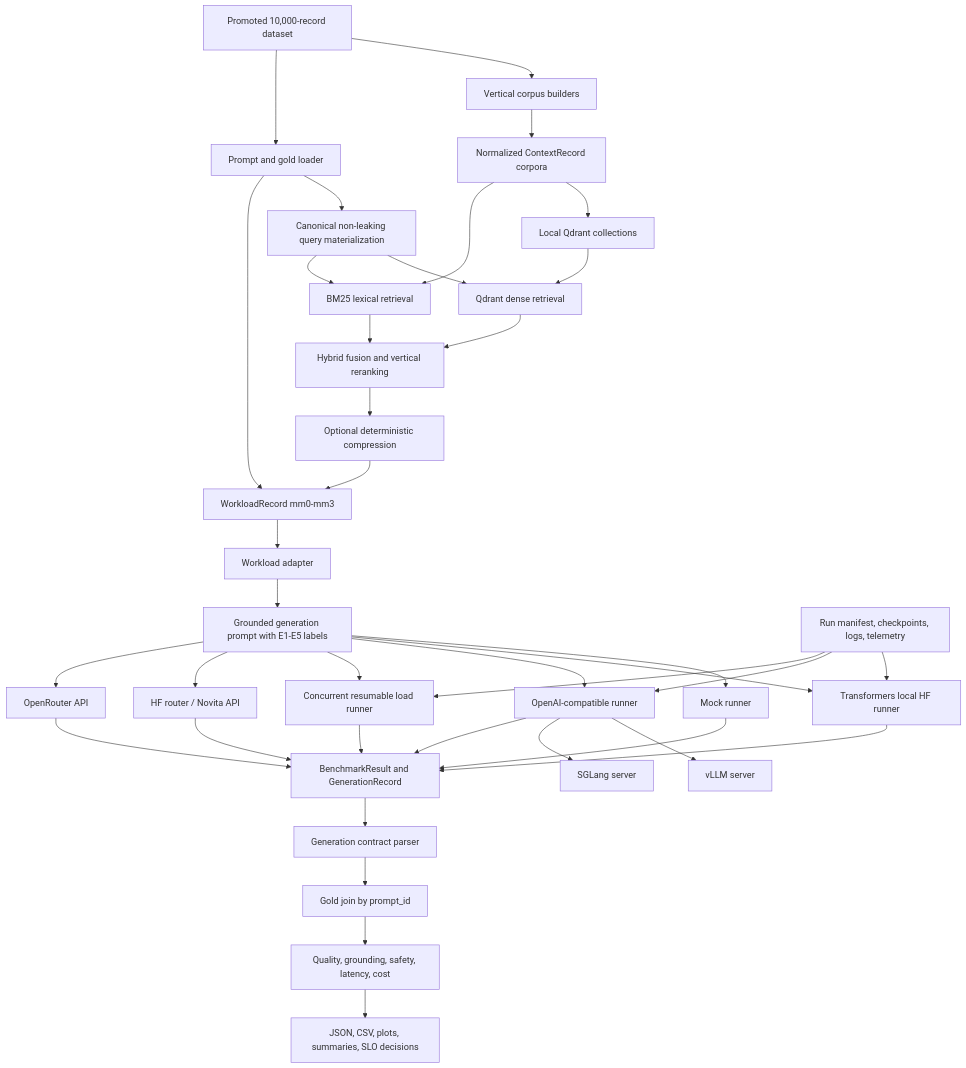
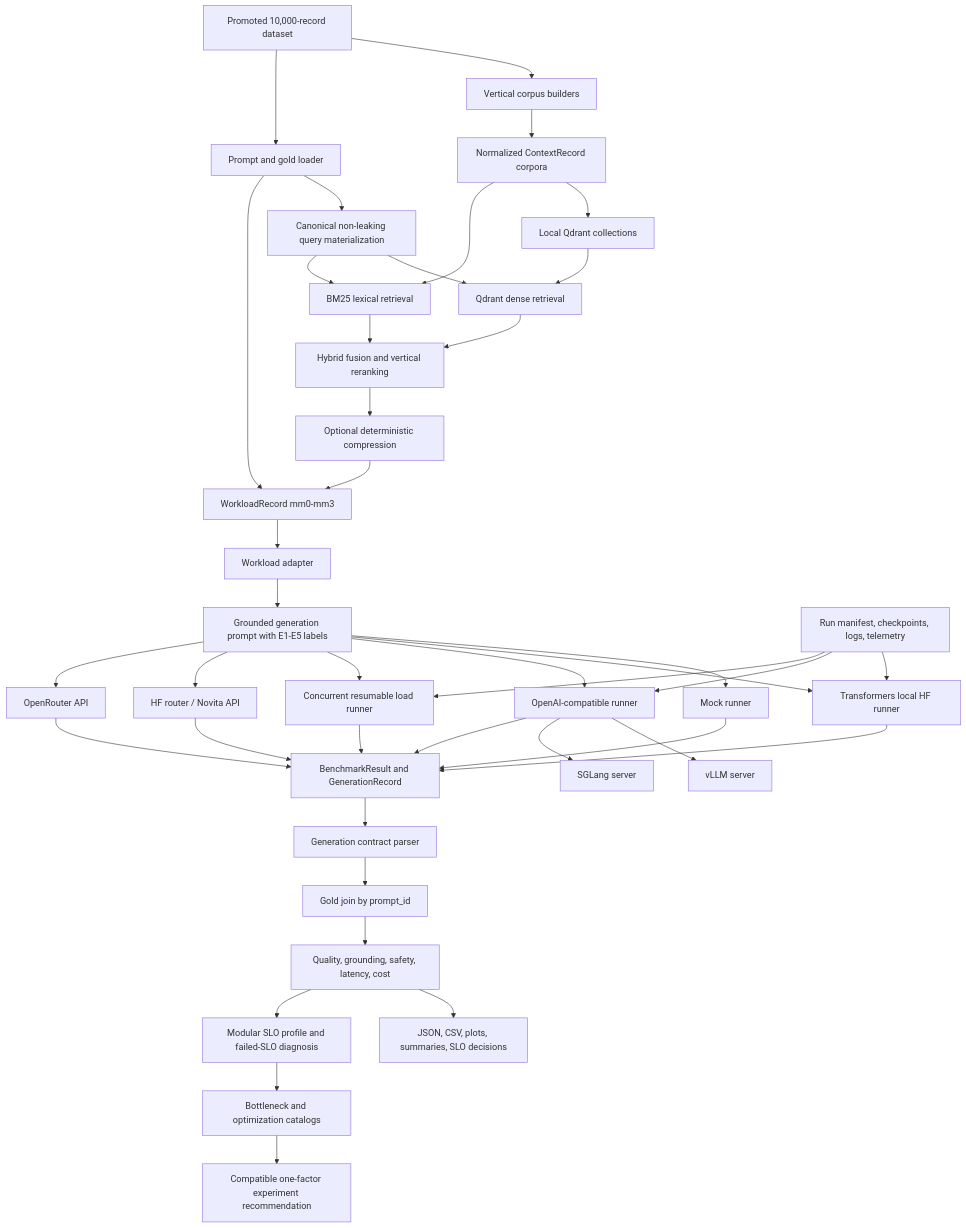
Before and after one commit to Kparos000/LLM-Inference-Optimization-Suite: the diagram in docs/95_definitive_technical_briefing.md, drawn with Mermaid. The commit also changed other lines of this file and 19 other files, not shown here.

Commit message:
Add modular SLO diagnosis and optimization recommendation engine

````diff
--- a/docs/95_definitive_technical_briefing.md
+++ b/docs/95_definitive_technical_briefing.md
@@ -170,40 +170,43 @@
 ```mermaid
 flowchart TD
     A[Promoted 10,000-record dataset] --> B[Vertical corpus builders]
     B --> C[Normalized ContextRecord corpora]
     C --> D[Local Qdrant collections]
     A --> E[Prompt and gold loader]
     E --> F[Canonical non-leaking query materialization]
     D --> G[Qdrant dense retrieval]
     C --> H[BM25 lexical retrieval]
     F --> G
     F --> H
     G --> I[Hybrid fusion and vertical reranking]
     H --> I
     I --> J[Optional deterministic compression]
     J --> K[WorkloadRecord mm0-mm3]
     E --> K
     K --> L[Workload adapter]
     L --> M[Grounded generation prompt with E1-E5 labels]
     M --> N1[Mock runner]
     M --> N2[Transformers local HF runner]
     M --> N3[OpenAI-compatible runner]
     M --> N4[Concurrent resumable load runner]
     N3 --> O1[vLLM server]
     N3 --> O2[SGLang server]
     M --> O3[HF router / Novita API]
     M --> O4[OpenRouter API]
     N1 --> P[BenchmarkResult and GenerationRecord]
     N2 --> P
     N3 --> P
     N4 --> P
     O3 --> P
     O4 --> P
     P --> Q[Generation contract parser]
     Q --> R[Gold join by prompt_id]
     R --> S[Quality, grounding, safety, latency, cost]
     S --> T[JSON, CSV, plots, summaries, SLO decisions]
+    S --> V[Modular SLO profile and failed-SLO diagnosis]
+    V --> W[Bottleneck and optimization catalogs]
+    W --> X[Compatible one-factor experiment recommendation]
     U[Run manifest, checkpoints, logs, telemetry] --> N2
     U --> N3
     U --> N4
 ```
````
